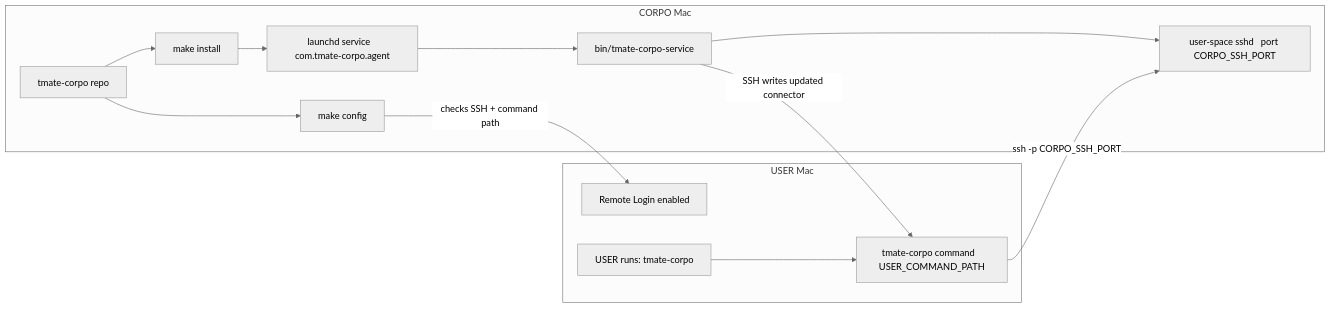
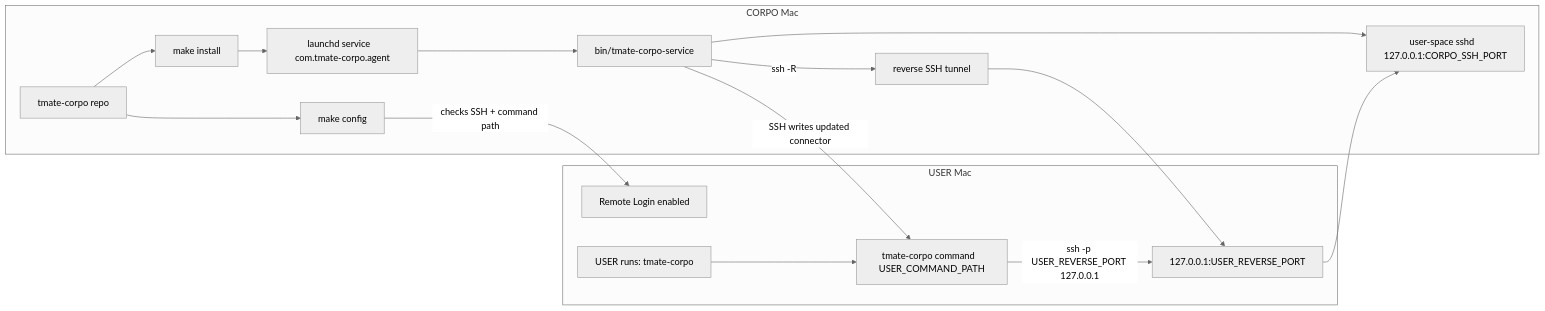
Before and after one commit to levankhelo/tmate-corpo: the diagram in README.md, drawn with Mermaid (neutral theme). The commit also changed other lines of this file and 5 other files, not shown here.

Commit message:
feat: implement reverse SSH tunnel for user-space sshd connection

````diff
--- a/README.md
+++ b/README.md
@@ -15,27 +15,32 @@
 ```mermaid
 flowchart LR
   subgraph CORPO["CORPO Mac"]
     repo["tmate-corpo repo"]
     makeConfig["make config"]
     makeInstall["make install"]
     launchd["launchd service   com.tmate-corpo.agent"]
     service["bin/tmate-corpo-service"]
-    sshd["user-space sshd   port CORPO_SSH_PORT"]
+    sshd["user-space sshd   127.0.0.1:CORPO_SSH_PORT"]
+    tunnel["reverse SSH tunnel"]
   end
 
   subgraph USER["USER Mac"]
     remoteLogin["Remote Login enabled"]
+    reversePort["127.0.0.1:USER_REVERSE_PORT"]
     command["tmate-corpo command   USER_COMMAND_PATH"]
     userRun["USER runs:   tmate-corpo"]
   end
 
   repo --> makeConfig
   makeConfig -->|"checks SSH + command path"| remoteLogin
   repo --> makeInstall
   makeInstall --> launchd
   launchd --> service
   service --> sshd
+  service -->|"ssh -R"| tunnel
+  tunnel --> reversePort
   service -->|"SSH writes updated connector"| command
   userRun --> command
-  command -->|"ssh -p CORPO_SSH_PORT"| sshd
+  command -->|"ssh -p USER_REVERSE_PORT 127.0.0.1"| reversePort
+  reversePort --> sshd
 ```
````
